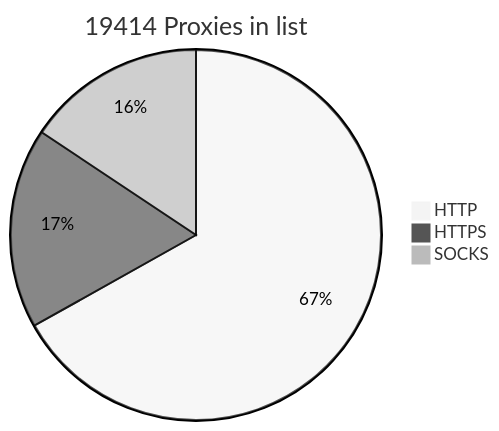
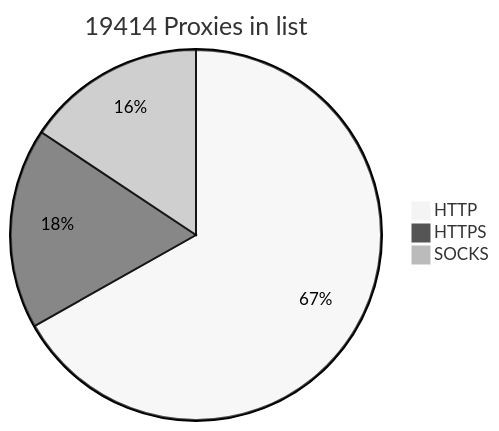
The diagram in README.md (BlackSnowDot/proxylist-update-every-minute), drawn with Mermaid (neutral theme) before and after one commit.

````diff
--- a/README.md
+++ b/README.md
@@ -2,6 +2,6 @@
 ```mermaid
 pie title 19414 Proxies in list
-    "HTTP" : 14373
-    "HTTPS": 3758
+    "HTTP" : 14355
+    "HTTPS": 3759
     "SOCKS" : 3364
 ```
````
